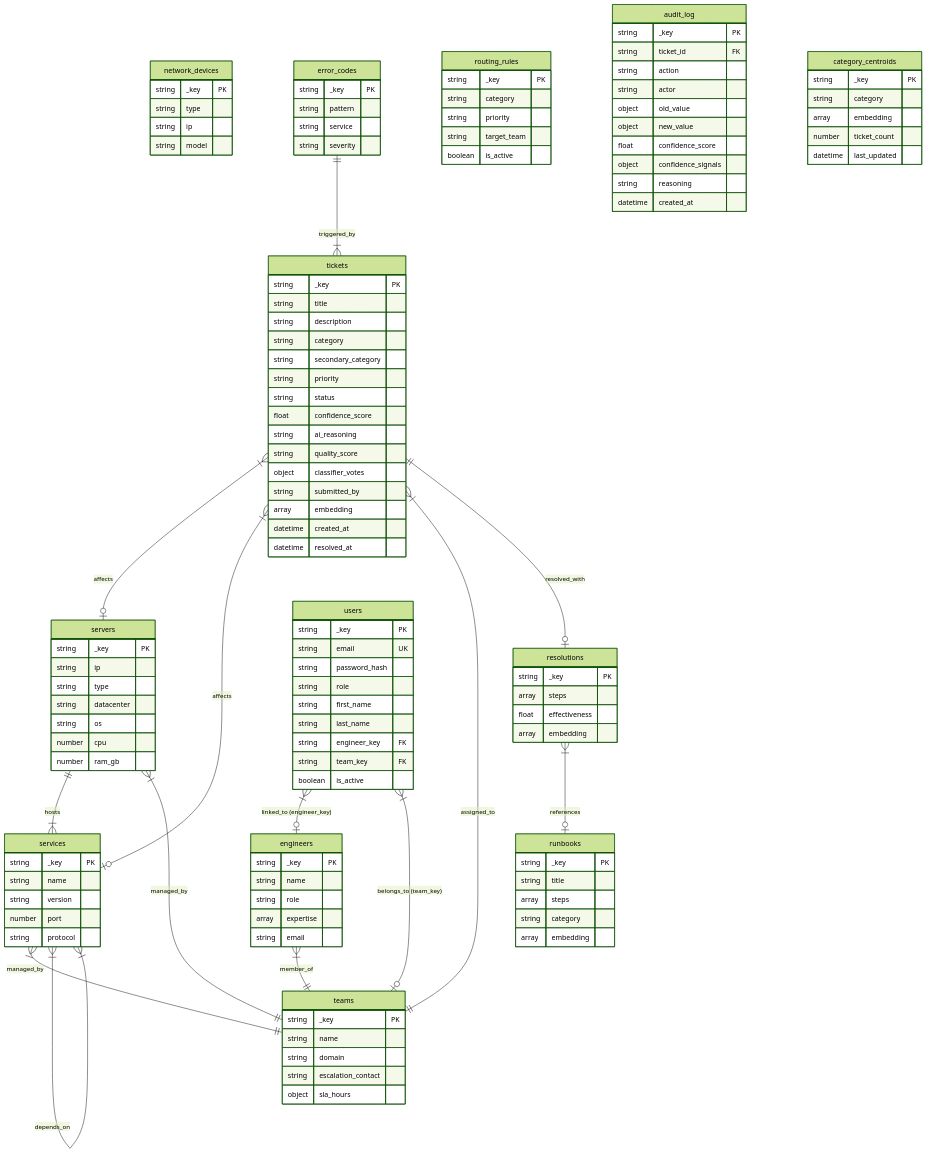
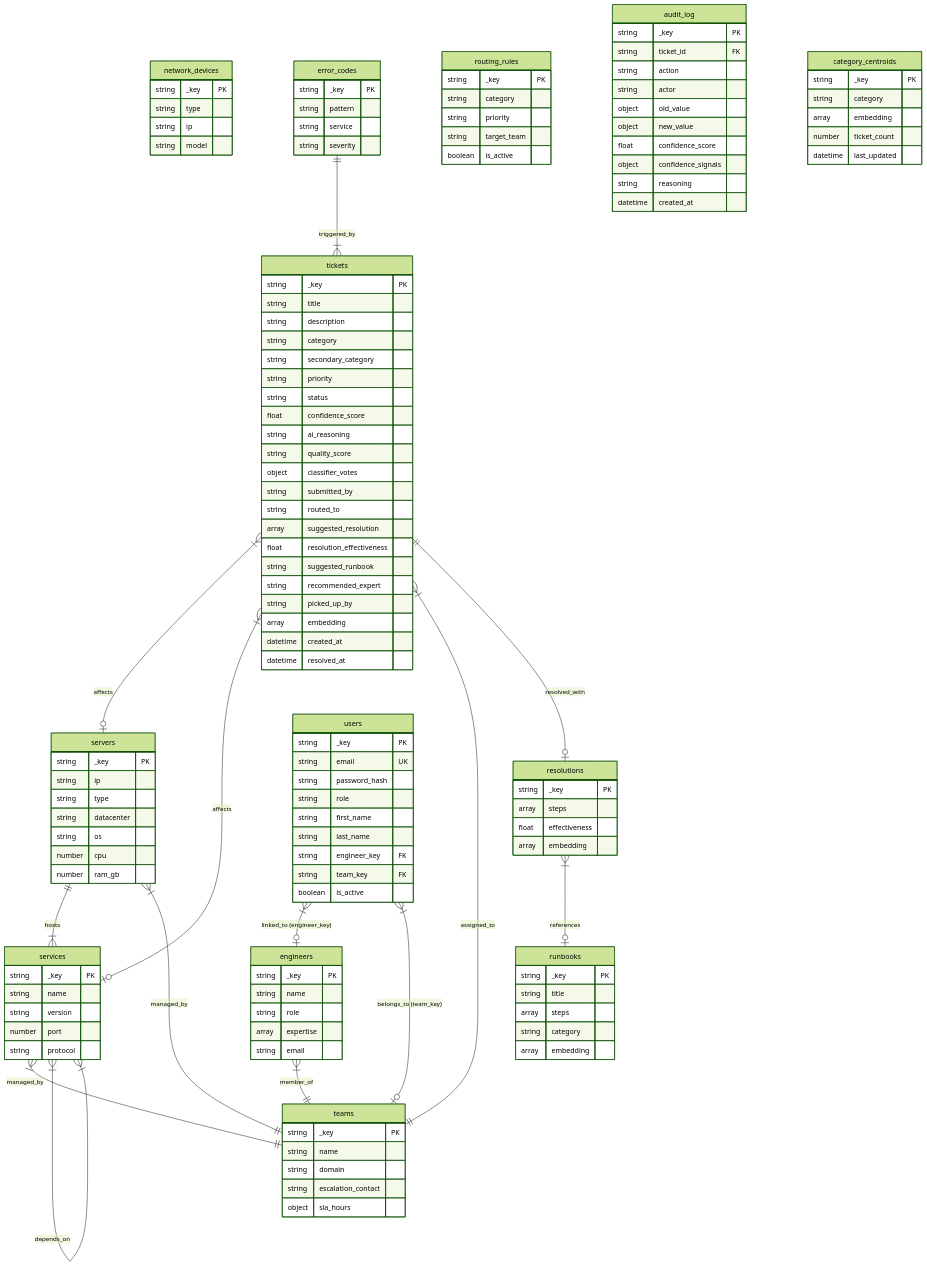
The diagram in docs/nasscom-r2/04-entity-relationship-diagram.md (arif-asadullah/AI-Ticket-Routing), drawn with Mermaid (forest theme) before and after one commit. The commit also changed other lines of this file and 29 other files, not shown here.

```diff
--- a/docs/nasscom-r2/04-entity-relationship-diagram.md
+++ b/docs/nasscom-r2/04-entity-relationship-diagram.md
@@ -25,6 +25,12 @@
         string quality_score
         object classifier_votes
         string submitted_by
+        string routed_to
+        array suggested_resolution
+        float resolution_effectiveness
+        string suggested_runbook
+        string recommended_expert
+        string picked_up_by
         array embedding
         datetime created_at
         datetime resolved_at
```
